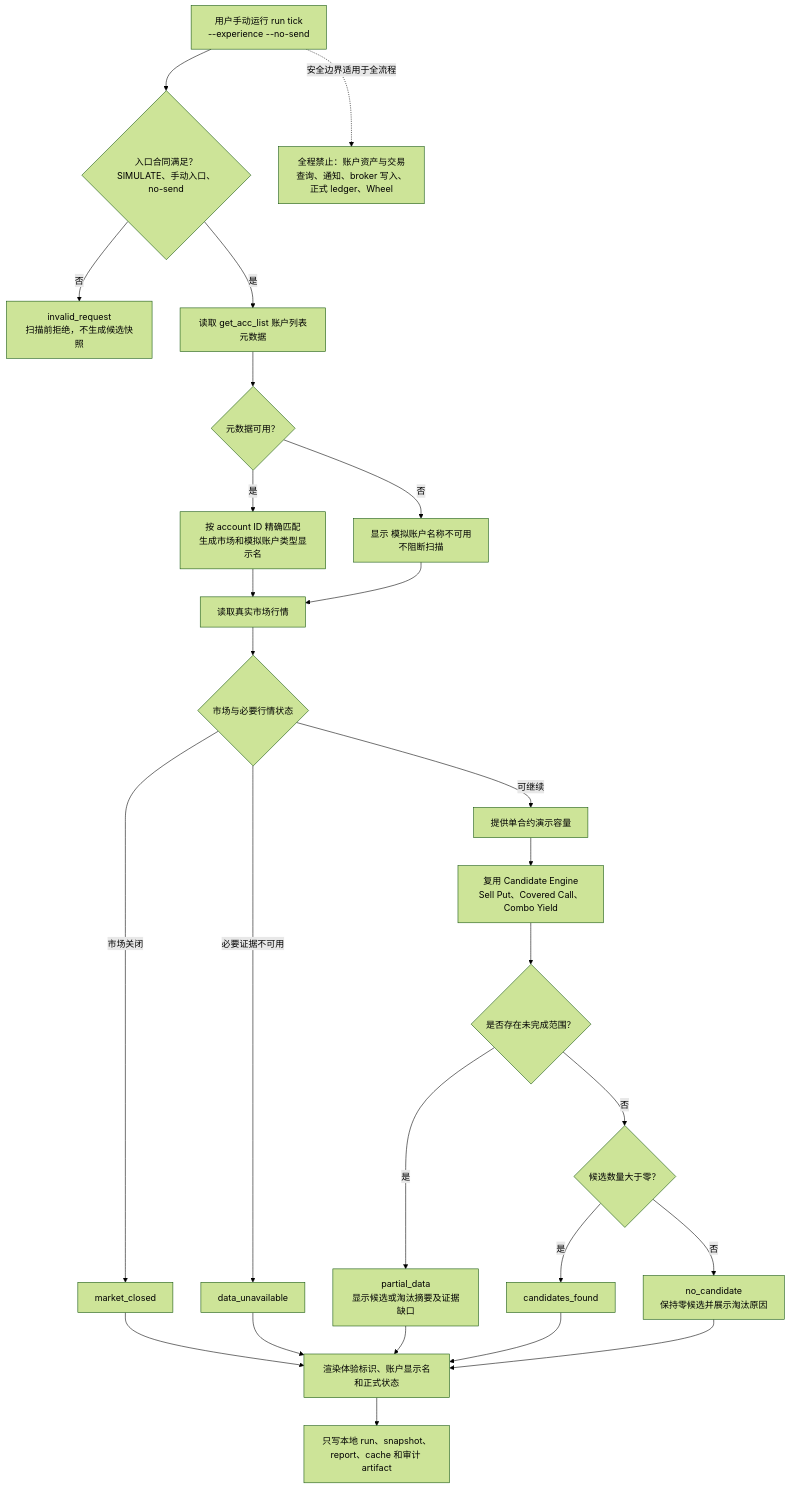
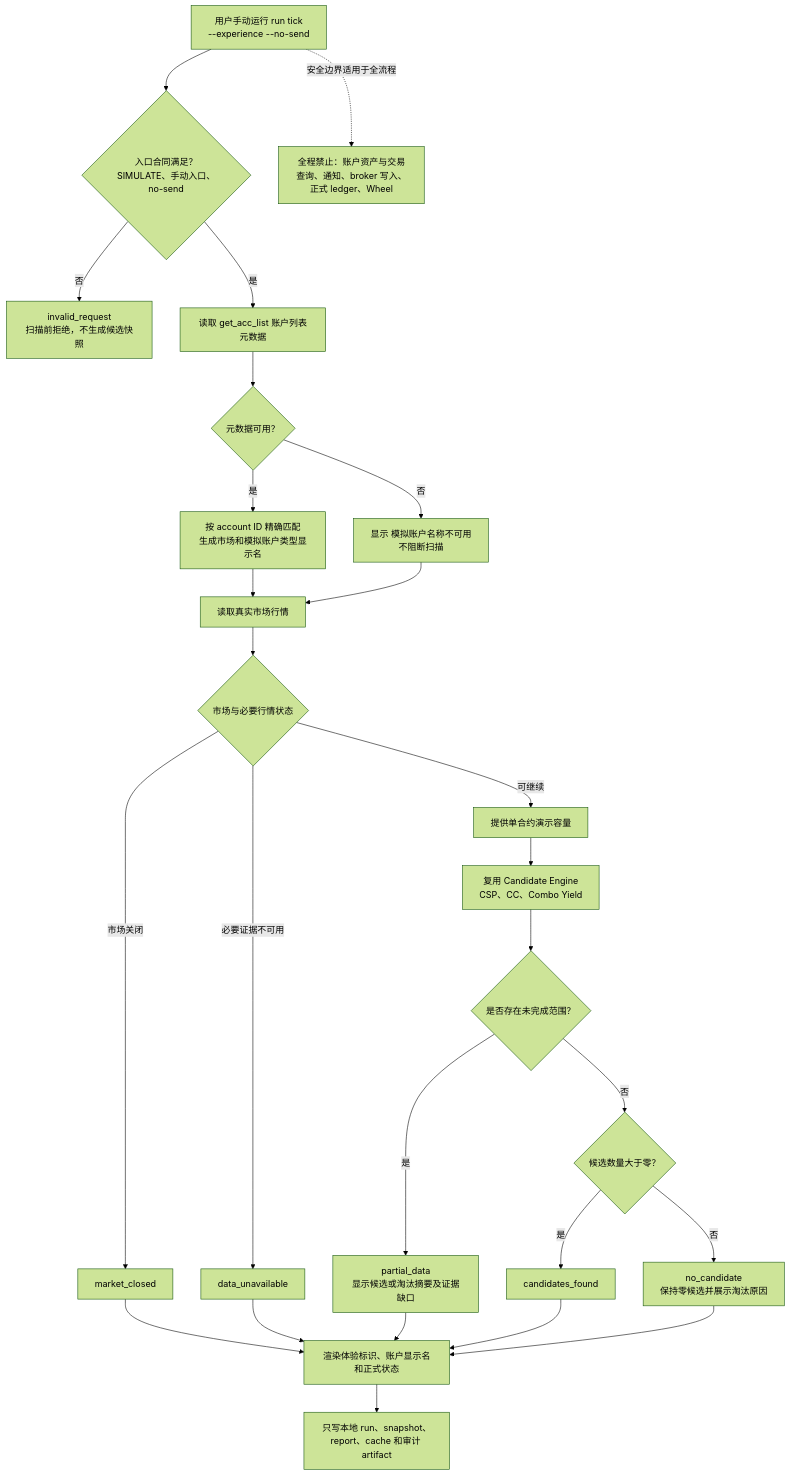
Before and after one commit to liuxie066/options-monitor: the diagram in docs/FUTU_SIMULATE_ACCOUNT_EXPERIENCE_PRD.md, drawn with Mermaid (forest theme). The commit also changed other lines of this file and 69 other files, not shown here.

````diff
--- a/docs/FUTU_SIMULATE_ACCOUNT_EXPERIENCE_PRD.md
+++ b/docs/FUTU_SIMULATE_ACCOUNT_EXPERIENCE_PRD.md
@@ -205,29 +205,29 @@
 ```mermaid
 flowchart TD
     A["用户手动运行 run tick<br/>--experience --no-send"] --> B{"入口合同满足？<br/>SIMULATE、手动入口、no-send"}
     B -- 否 --> X["invalid_request<br/>扫描前拒绝，不生成候选快照"]
     B -- 是 --> C["读取 get_acc_list 账户列表元数据"]
     C --> D{"元数据可用？"}
     D -- 是 --> E["按 account ID 精确匹配<br/>生成市场和模拟账户类型显示名"]
     D -- 否 --> F["显示 模拟账户名称不可用<br/>不阻断扫描"]
     E --> G["读取真实市场行情"]
     F --> G
     G --> H{"市场与必要行情状态"}
     H -- 市场关闭 --> I["market_closed"]
     H -- 必要证据不可用 --> J["data_unavailable"]
     H -- 可继续 --> K["提供单合约演示容量"]
-    K --> L["复用 Candidate Engine<br/>Sell Put、Covered Call、Combo Yield"]
+    K --> L["复用 Candidate Engine<br/>CSP、CC、Combo Yield"]
     L --> M{"是否存在未完成范围？"}
     M -- 是 --> N["partial_data<br/>显示候选或淘汰摘要及证据缺口"]
     M -- 否 --> O{"候选数量大于零？"}
     O -- 是 --> P["candidates_found"]
     O -- 否 --> Q["no_candidate<br/>保持零候选并展示淘汰原因"]
     I --> R["渲染体验标识、账户显示名和正式状态"]
     J --> R
     N --> R
     P --> R
     Q --> R
     R --> S["只写本地 run、snapshot、report、cache 和审计 artifact"]
     SAFE["全程禁止：账户资产与交易查询、通知、broker 写入、正式 ledger、Wheel"]
     A -. 安全边界适用于全流程 .-> SAFE
 ```
````
